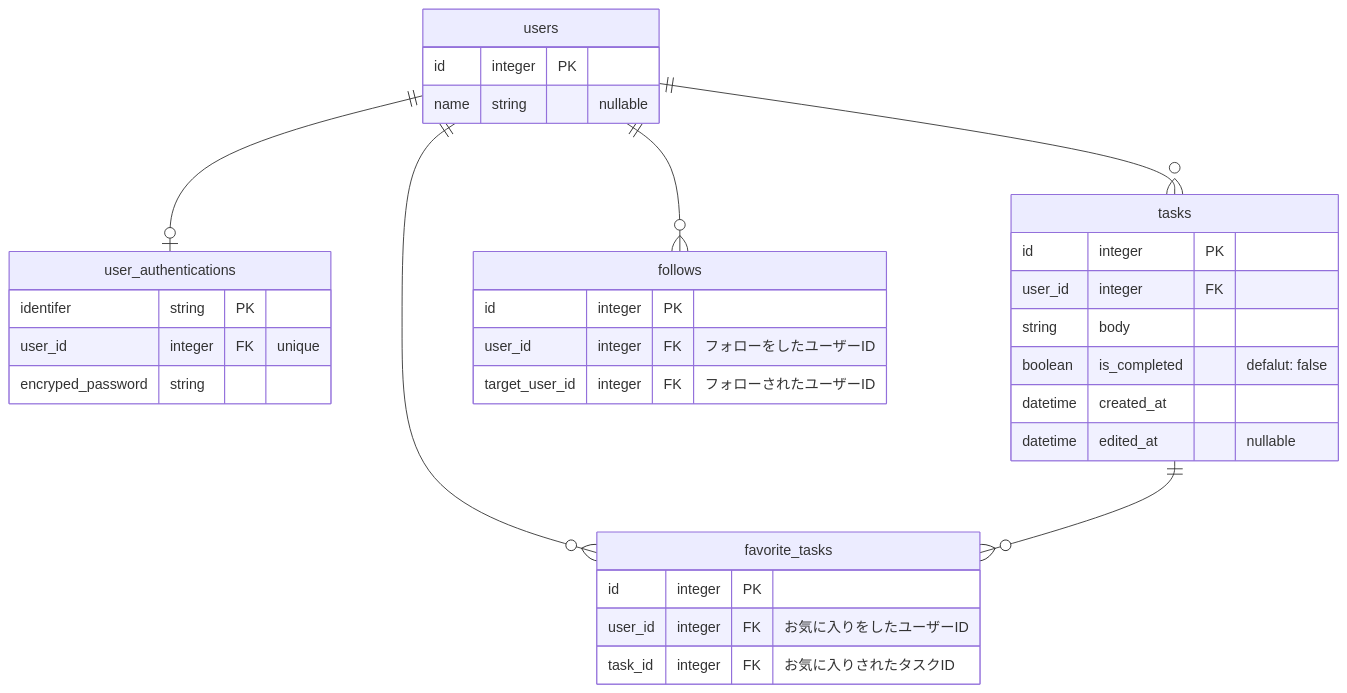
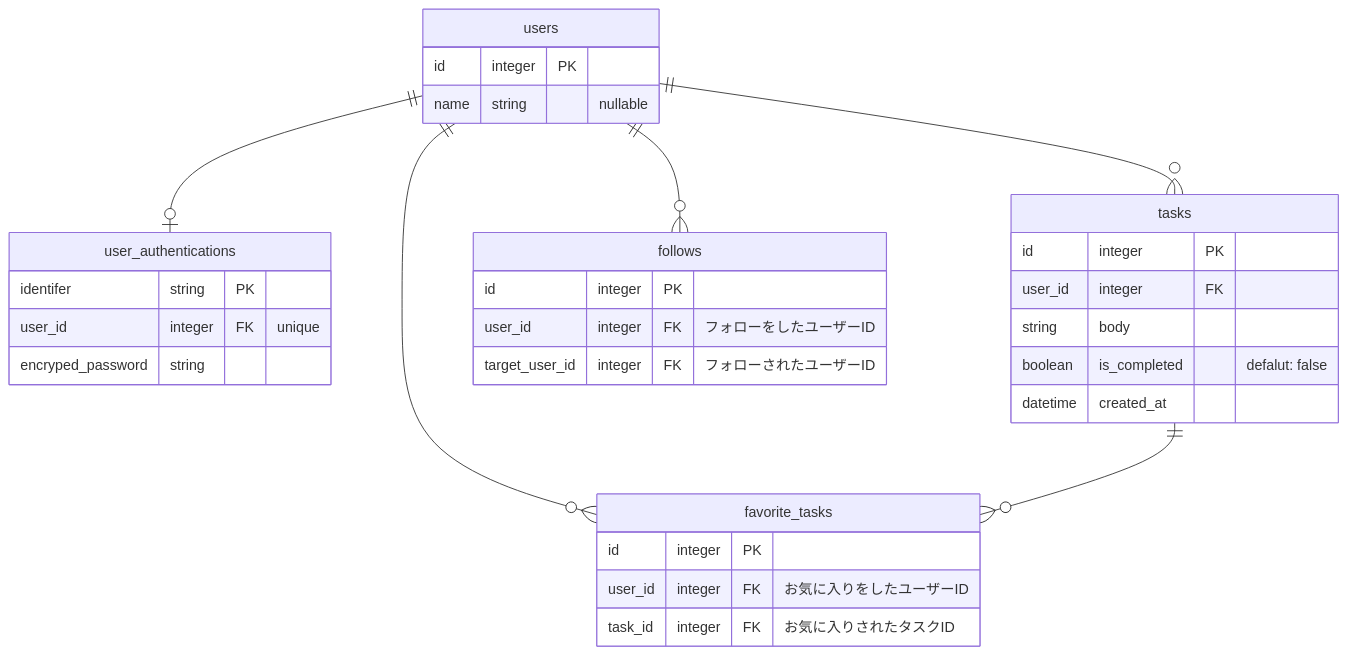
Before and after one commit to matcher-inc/pre-joining-assignment-for-intern: the diagram in README.md, drawn with Mermaid.

Commit message:
update: readme mermaid tasks edited_at を消す

````diff
--- a/README.md
+++ b/README.md
@@ -94,41 +94,40 @@
 ```mermaid
 erDiagram
 
 users {
   id integer PK
   name string "nullable"
 }
 
 user_authentications {
   identifer string PK
   user_id integer FK "unique"
   encryped_password string
 }
 
 tasks {
   id integer PK
   user_id integer FK
   string body
   boolean is_completed "defalut: false"
   datetime created_at
-  datetime edited_at "nullable"
 }
 
 follows {
   id integer PK
   user_id integer FK "フォローをしたユーザーID"
   target_user_id integer FK "フォローされたユーザーID"
 }
 
 favorite_tasks {
   id integer PK
   user_id integer FK "お気に入りをしたユーザーID"
   task_id integer FK "お気に入りされたタスクID"
 }
 
 users ||--o| user_authentications : ""
 users ||--o{ tasks : ""
 users ||--o{ follows : ""
 users ||--o{ favorite_tasks : ""
 tasks ||--o{ favorite_tasks : ""
 ```
````
